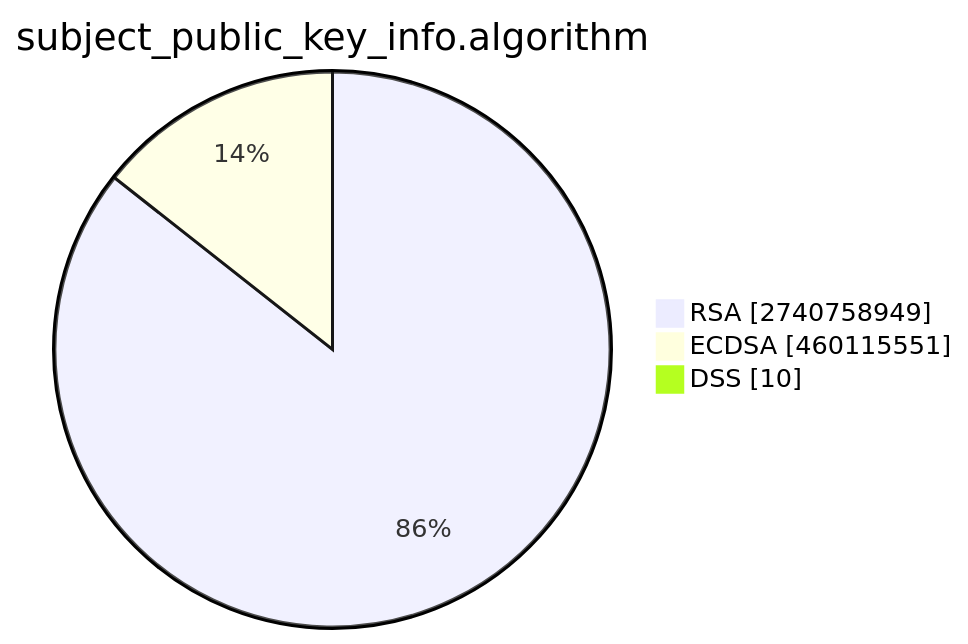
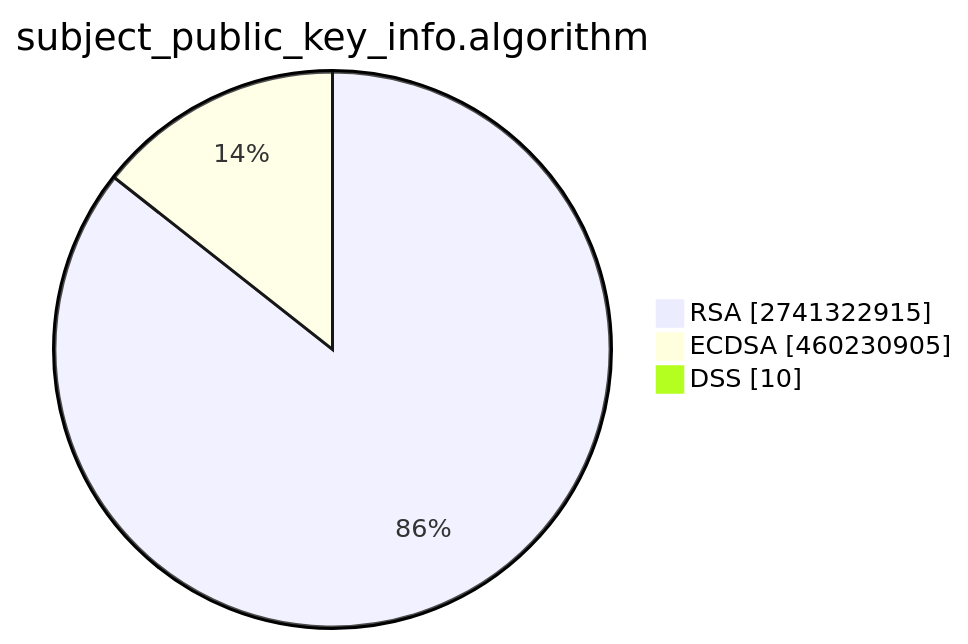
Before and after one commit to christiankrug/ctmonitor_visualization: the second of 15 diagrams in TOTAL/README.md, drawn with Mermaid. The commit also changed other lines of this file, not shown here.

````diff
--- a/TOTAL/README.md
+++ b/TOTAL/README.md
@@ -6,7 +6,7 @@
 ```mermaid
 pie showData
 title subject_public_key_info.algorithm
-"RSA" :2740758949
-"ECDSA" :460115551
+"RSA" :2741322915
+"ECDSA" :460230905
 "DSS" :10
 ```
````
